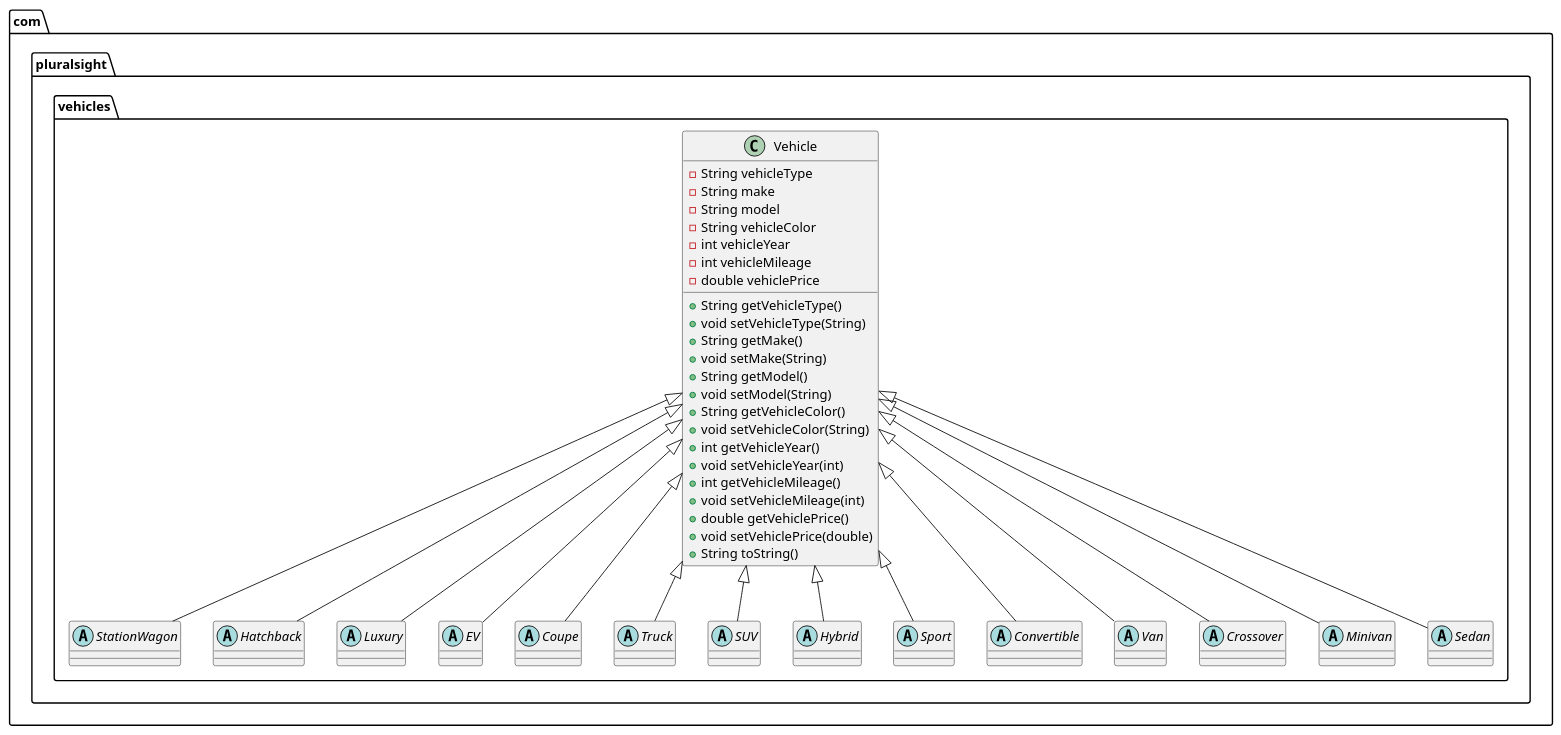
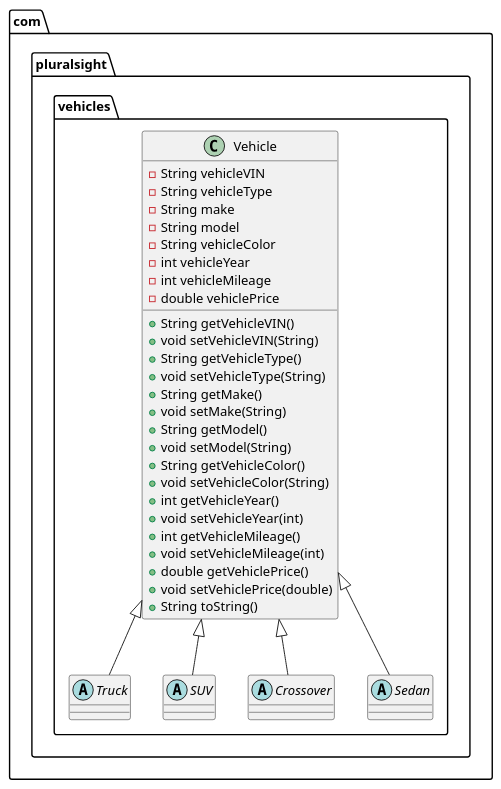
One commit to nmulvaine/workbook-4 changed the diagram in VehicleUML.puml. Above: the diagram before and after it, drawn with PlantUML. The commit also changed 18 other files, not shown here.

```diff
--- a/VehicleUML.puml
+++ b/VehicleUML.puml
@@ -1,72 +1,45 @@
 @startuml
-abstract class com.pluralsight.vehicles.StationWagon {
-}
-abstract class com.pluralsight.vehicles.Hatchback {
-}
-abstract class com.pluralsight.vehicles.Luxury {
-}
-abstract class com.pluralsight.vehicles.EV {
-}
-abstract class com.pluralsight.vehicles.Coupe {
-}
 abstract class com.pluralsight.vehicles.Truck {
 }
 abstract class com.pluralsight.vehicles.SUV {
 }
-abstract class com.pluralsight.vehicles.Hybrid {
-}
-abstract class com.pluralsight.vehicles.Sport {
-}
 class com.pluralsight.vehicles.Vehicle {
+- String vehicleVIN
 - String vehicleType
 - String make
 - String model
 - String vehicleColor
 - int vehicleYear
 - int vehicleMileage
 - double vehiclePrice
++ String getVehicleVIN()
++ void setVehicleVIN(String)
 + String getVehicleType()
 + void setVehicleType(String)
 + String getMake()
 + void setMake(String)
 + String getModel()
 + void setModel(String)
 + String getVehicleColor()
 + void setVehicleColor(String)
 + int getVehicleYear()
 + void setVehicleYear(int)
 + int getVehicleMileage()
 + void setVehicleMileage(int)
 + double getVehiclePrice()
 + void setVehiclePrice(double)
 + String toString()
 }
 
 
-abstract class com.pluralsight.vehicles.Convertible {
-}
-abstract class com.pluralsight.vehicles.Van {
-}
 abstract class com.pluralsight.vehicles.Crossover {
-}
-abstract class com.pluralsight.vehicles.Minivan {
 }
 abstract class com.pluralsight.vehicles.Sedan {
 }
 
 
-com.pluralsight.vehicles.Vehicle <|-- com.pluralsight.vehicles.StationWagon
-com.pluralsight.vehicles.Vehicle <|-- com.pluralsight.vehicles.Hatchback
-com.pluralsight.vehicles.Vehicle <|-- com.pluralsight.vehicles.Luxury
-com.pluralsight.vehicles.Vehicle <|-- com.pluralsight.vehicles.EV
-com.pluralsight.vehicles.Vehicle <|-- com.pluralsight.vehicles.Coupe
 com.pluralsight.vehicles.Vehicle <|-- com.pluralsight.vehicles.Truck
 com.pluralsight.vehicles.Vehicle <|-- com.pluralsight.vehicles.SUV
-com.pluralsight.vehicles.Vehicle <|-- com.pluralsight.vehicles.Hybrid
-com.pluralsight.vehicles.Vehicle <|-- com.pluralsight.vehicles.Sport
-com.pluralsight.vehicles.Vehicle <|-- com.pluralsight.vehicles.Convertible
-com.pluralsight.vehicles.Vehicle <|-- com.pluralsight.vehicles.Van
 com.pluralsight.vehicles.Vehicle <|-- com.pluralsight.vehicles.Crossover
-com.pluralsight.vehicles.Vehicle <|-- com.pluralsight.vehicles.Minivan
 com.pluralsight.vehicles.Vehicle <|-- com.pluralsight.vehicles.Sedan
 @enduml
```
